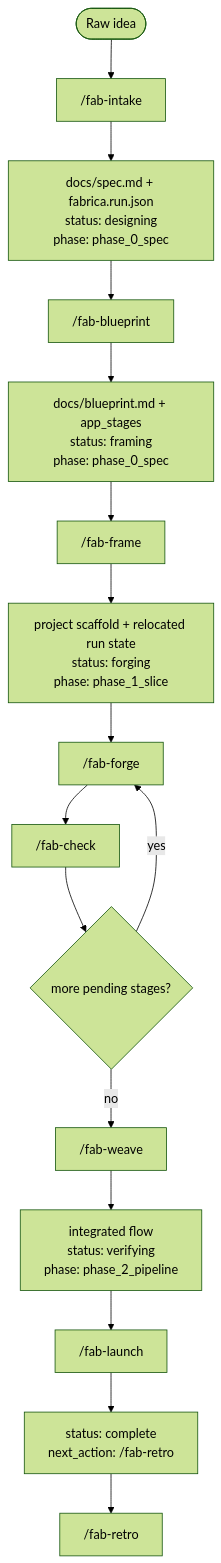
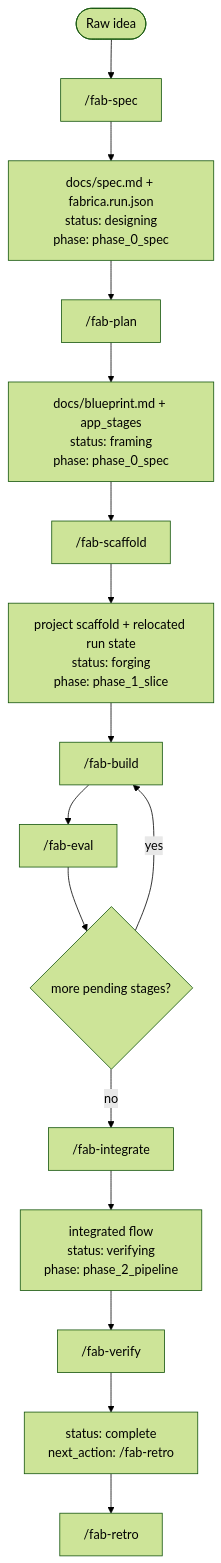
The first of 3 diagrams in docs/STATE_MACHINE.md (sushilduseja/fabrica-skills), drawn with Mermaid (forest theme) before and after one commit. The commit also changed other lines of this file and 76 other files, not shown here.

````diff
--- a/docs/STATE_MACHINE.md
+++ b/docs/STATE_MACHINE.md
@@ -27,18 +27,18 @@
 ```mermaid
 flowchart TD
-  Start([Raw idea]) --> Intake["/fab-intake"]
+  Start([Raw idea]) --> Intake["/fab-spec"]
   Intake --> Spec["docs/spec.md + fabrica.run.json\nstatus: designing\nphase: phase_0_spec"]
-  Spec --> Blueprint["/fab-blueprint"]
+  Spec --> Blueprint["/fab-plan"]
   Blueprint --> Framing["docs/blueprint.md + app_stages\nstatus: framing\nphase: phase_0_spec"]
-  Framing --> Frame["/fab-frame"]
+  Framing --> Frame["/fab-scaffold"]
   Frame --> Forging["project scaffold + relocated run state\nstatus: forging\nphase: phase_1_slice"]
-  Forging --> Forge["/fab-forge <stage>"]
-  Forge --> Check["/fab-check <stage>"]
+  Forging --> Forge["/fab-build <stage>"]
+  Forge --> Check["/fab-eval <stage>"]
   Check --> MoreStages{"more pending stages?"}
   MoreStages -- yes --> Forge
-  MoreStages -- no --> Weave["/fab-weave"]
+  MoreStages -- no --> Weave["/fab-integrate"]
   Weave --> Verifying["integrated flow\nstatus: verifying\nphase: phase_2_pipeline"]
-  Verifying --> Launch["/fab-launch"]
+  Verifying --> Launch["/fab-verify"]
   Launch --> Complete["status: complete\nnext_action: /fab-retro"]
   Complete --> Retro["/fab-retro"]
 ```
````
